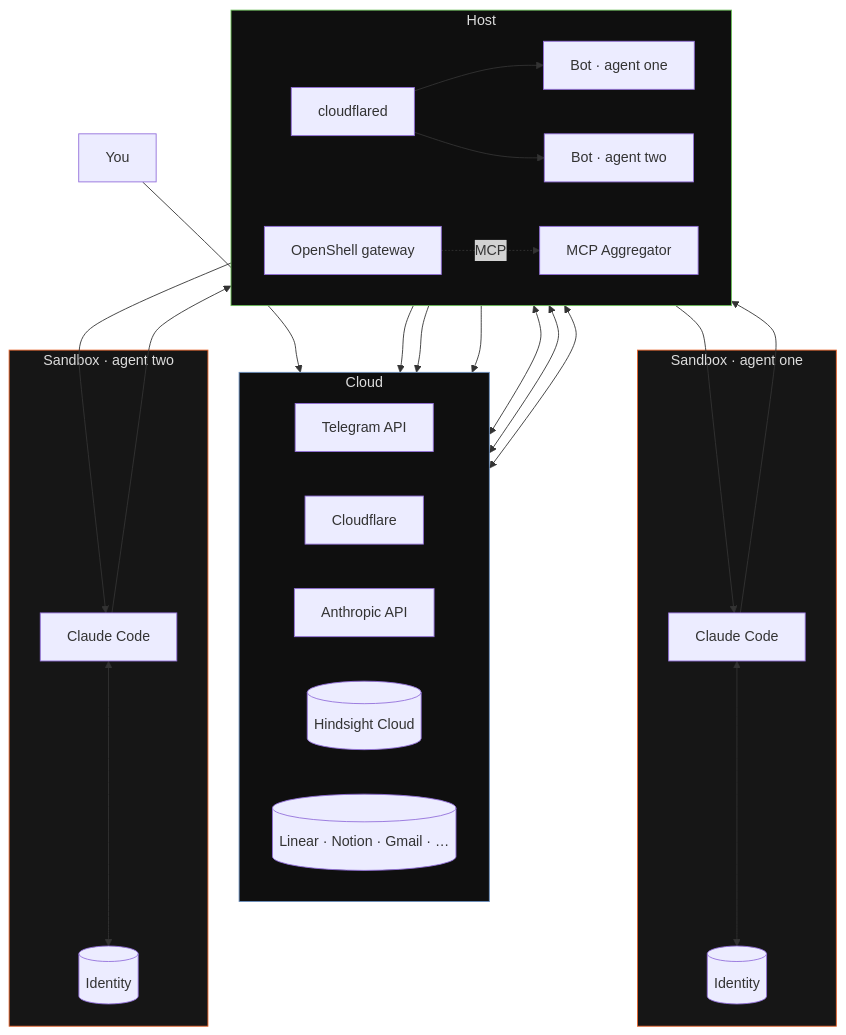
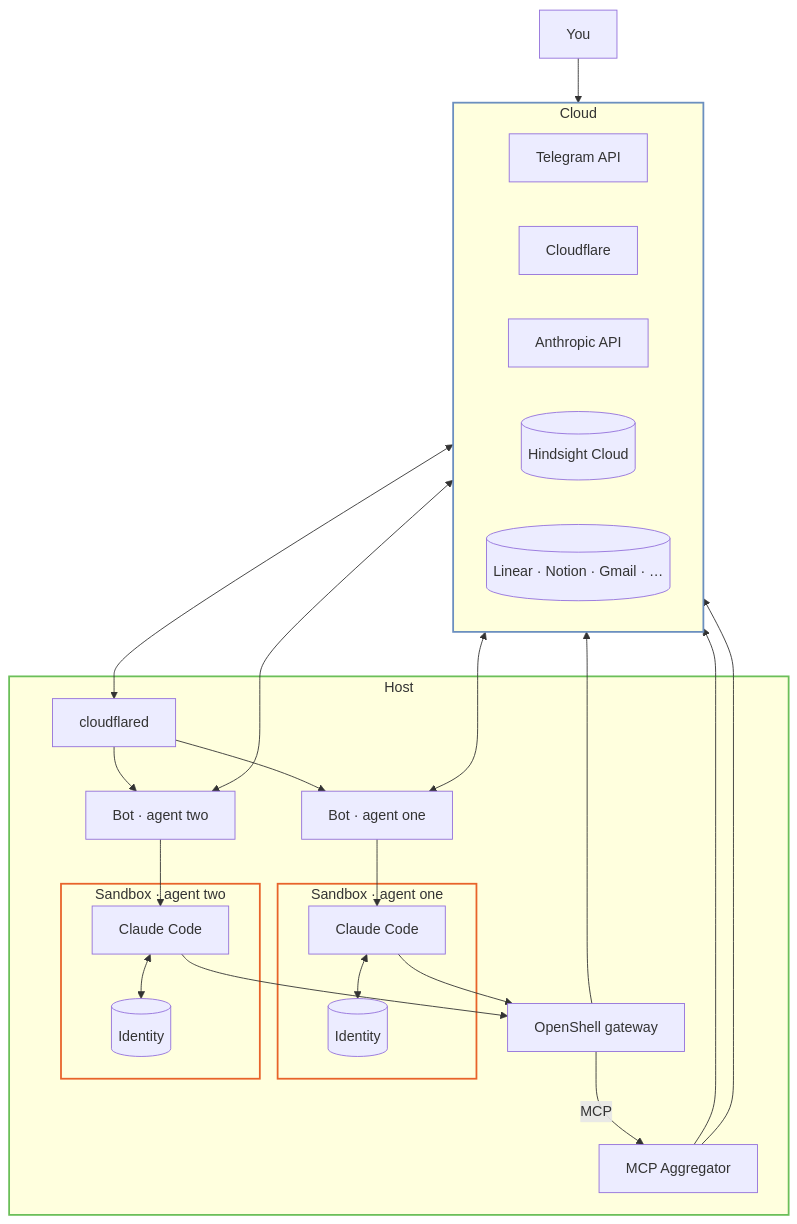
Before and after one commit to onsails/right-agent: the diagram in README.md, drawn with Mermaid.

Commit message:
docs(readme): nest sandboxes inside host, drop dark fills
Sandboxes are k3s containers running on host — visually nest them
inside the Host subgraph instead of treating them as a peer zone.
Drop fill colors entirely (caused dark unreadable boxes); keep only
stroke colors on subgraph borders. Replace dotted MCP arrow with
solid edge for visibility.

````diff
--- a/README.md
+++ b/README.md
@@ -107,58 +107,57 @@
 ```mermaid
 flowchart TB
   U[You]
 
   subgraph CLOUD["Cloud"]
     direction LR
     TG[Telegram API]
     CF[Cloudflare]
     ANT[Anthropic API]
     HS[(Hindsight Cloud)]
     EXT[(Linear · Notion · Gmail · …)]
   end
 
   subgraph HOST["Host"]
-    direction LR
     B1[Bot · agent one]
     B2[Bot · agent two]
     AGG[MCP Aggregator]
     CFD[cloudflared]
     OS[OpenShell gateway]
-  end
 
-  subgraph SANDBOX_1["Sandbox · agent one"]
-    A1[Claude Code]
-    I1[(Identity)]
-  end
+    subgraph SANDBOX_1["Sandbox · agent one"]
+      A1[Claude Code]
+      I1[(Identity)]
+    end
 
-  subgraph SANDBOX_2["Sandbox · agent two"]
-    A2[Claude Code]
-    I2[(Identity)]
+    subgraph SANDBOX_2["Sandbox · agent two"]
+      A2[Claude Code]
+      I2[(Identity)]
+    end
   end
 
   U --> TG
   TG <--> B1
   TG <--> B2
   CF <--> CFD
   CFD --> B1
   CFD --> B2
 
   B1 --> A1
   B2 --> A2
 
   A1 <--> I1
   A2 <--> I2
 
   A1 --> OS
   A2 --> OS
   OS --> ANT
-  OS -.MCP.-> AGG
+  OS -->|MCP| AGG
 
   AGG --> HS
   AGG --> EXT
 
-  style CLOUD fill:#0f0f0f,stroke:#6b8fbf,color:#ddd
-  style HOST fill:#0f0f0f,stroke:#6bbf59,color:#ddd
-  style SANDBOX_1 fill:#161616,stroke:#E8632A,color:#ddd
-  style SANDBOX_2 fill:#161616,stroke:#E8632A,color:#ddd
+  style CLOUD stroke:#6b8fbf,stroke-width:2px
+  style HOST stroke:#6bbf59,stroke-width:2px
+  style SANDBOX_1 stroke:#E8632A,stroke-width:2px
+  style SANDBOX_2 stroke:#E8632A,stroke-width:2px
 ```
````
